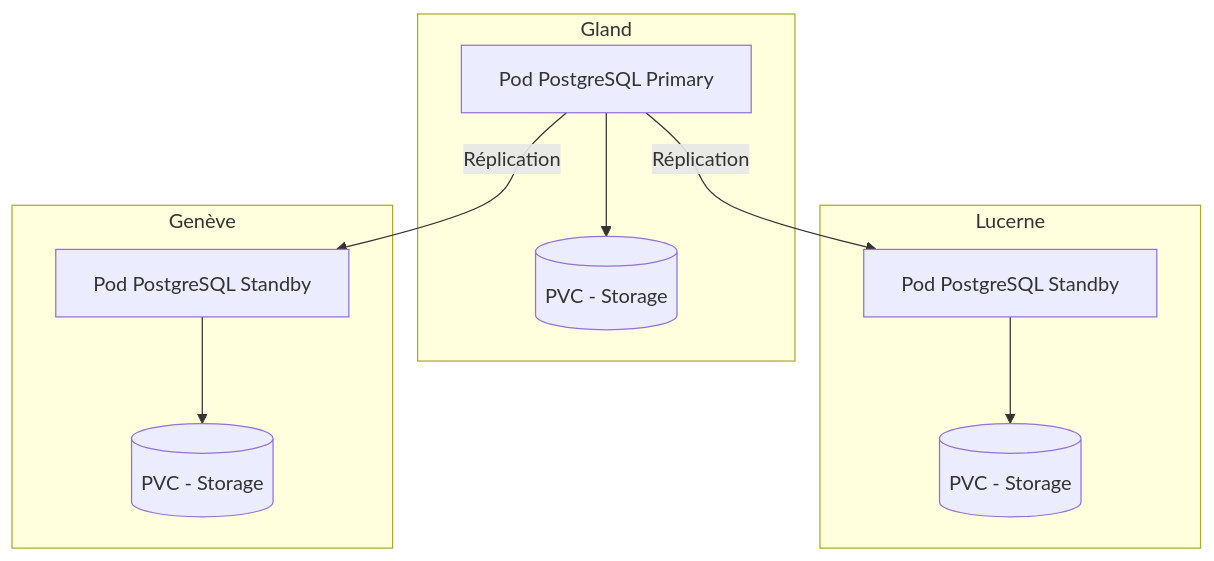
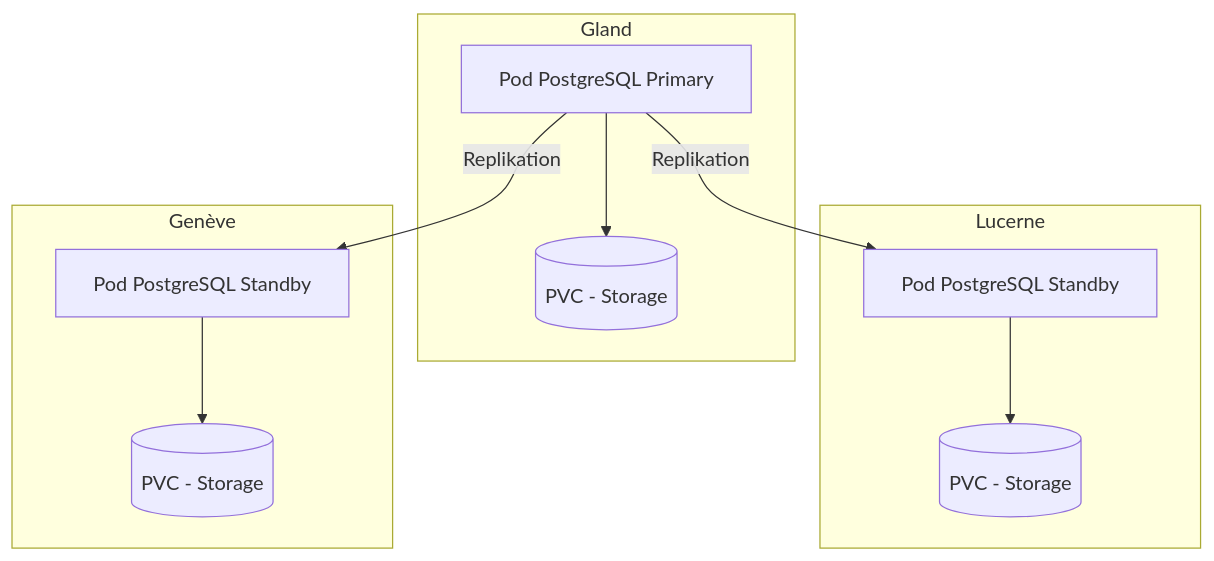
One commit to HidoraSwiss/hikube-public-doc changed the diagram in i18n/de/docusaurus-plugin-content-docs/current/services/databases/postgresql/overview.md. Above: the diagram before and after it, drawn with Mermaid. The commit also changed other lines of this file and 121 other files, not shown here.

````diff
--- a/i18n/de/docusaurus-plugin-content-docs/current/services/databases/postgresql/overview.md
+++ b/i18n/de/docusaurus-plugin-content-docs/current/services/databases/postgresql/overview.md
@@ -29,17 +29,17 @@
 ```mermaid
 graph TD
     subgraph Gland
         P1[Pod PostgreSQL Primary] --> PVC1[(PVC - Storage)]
     end
 
     subgraph Lucerne
         P2[Pod PostgreSQL Standby] --> PVC2[(PVC - Storage)]
     end
 
     subgraph Genève
         P3[Pod PostgreSQL Standby] --> PVC3[(PVC - Storage)]
     end
 
-    P1 -->|Réplication| P2
-    P1 -->|Réplication| P3
+    P1 -->|Replikation| P2
+    P1 -->|Replikation| P3
 ```
````
